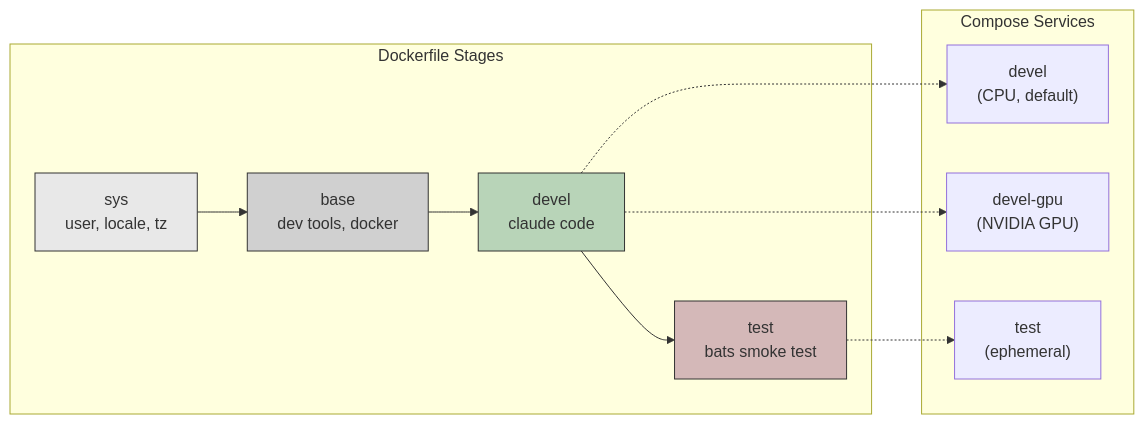
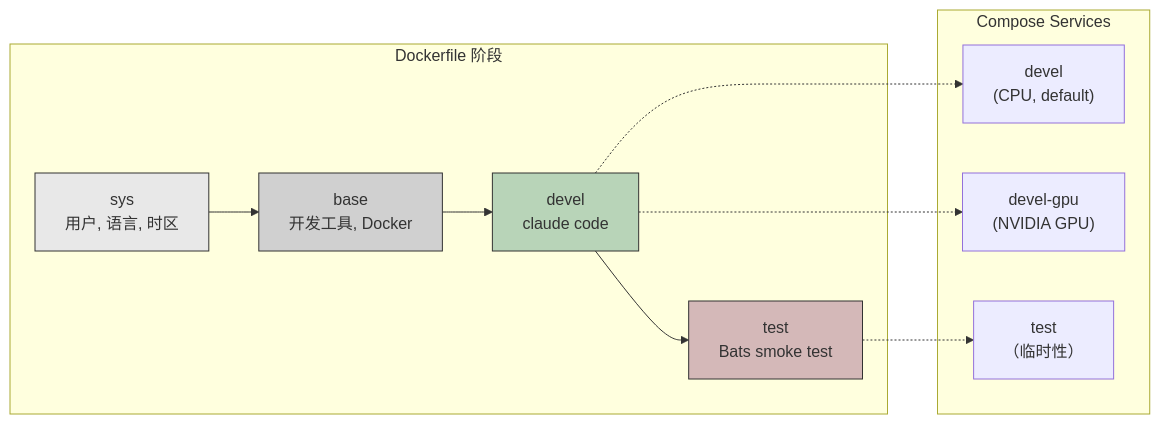
Before and after one commit to ycpss91255-docker/claude_code: the second of 3 diagrams in doc/README.zh-CN.md, drawn with Mermaid. The commit also changed other lines of this file and 2 other files, not shown here.

First line of the commit message:
docs: keep 'smoke test' as proper noun in i18n

````diff
--- a/doc/README.zh-CN.md
+++ b/doc/README.zh-CN.md
@@ -69,26 +69,26 @@
 ```mermaid
 graph LR
-    subgraph "Dockerfile Stages"
-        sys["sys<br/>user, locale, tz"]
-        base["base<br/>dev tools, docker"]
+    subgraph "Dockerfile 阶段"
+        sys["sys<br/>用户, 语言, 时区"]
+        base["base<br/>开发工具, Docker"]
         devel["devel<br/>claude code"]
-        test["test<br/>bats smoke test"]
+        test["test<br/>Bats smoke test"]
     end
 
     sys --> base --> devel --> test
 
     subgraph "Compose Services"
         S_CPU["devel<br/>(CPU, default)"]
         S_GPU["devel-gpu<br/>(NVIDIA GPU)"]
-        S_Test["test<br/>(ephemeral)"]
+        S_Test["test<br/>（临时性）"]
     end
 
     devel -.-> S_CPU
     devel -.-> S_GPU
     test -.-> S_Test
 
     style sys fill:#e8e8e8,stroke:#333
     style base fill:#d0d0d0,stroke:#333
     style devel fill:#b8d4b8,stroke:#333
     style test fill:#d4b8b8,stroke:#333
 ```
````
